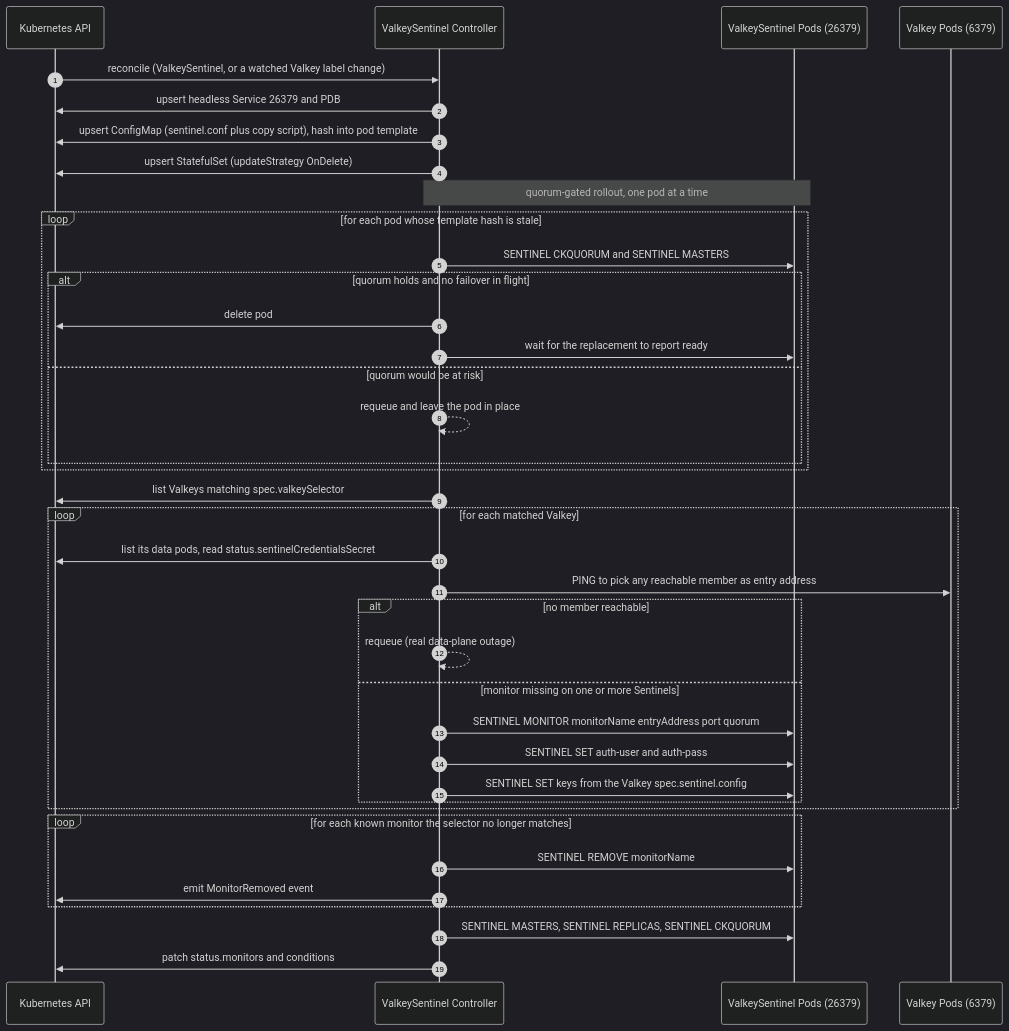
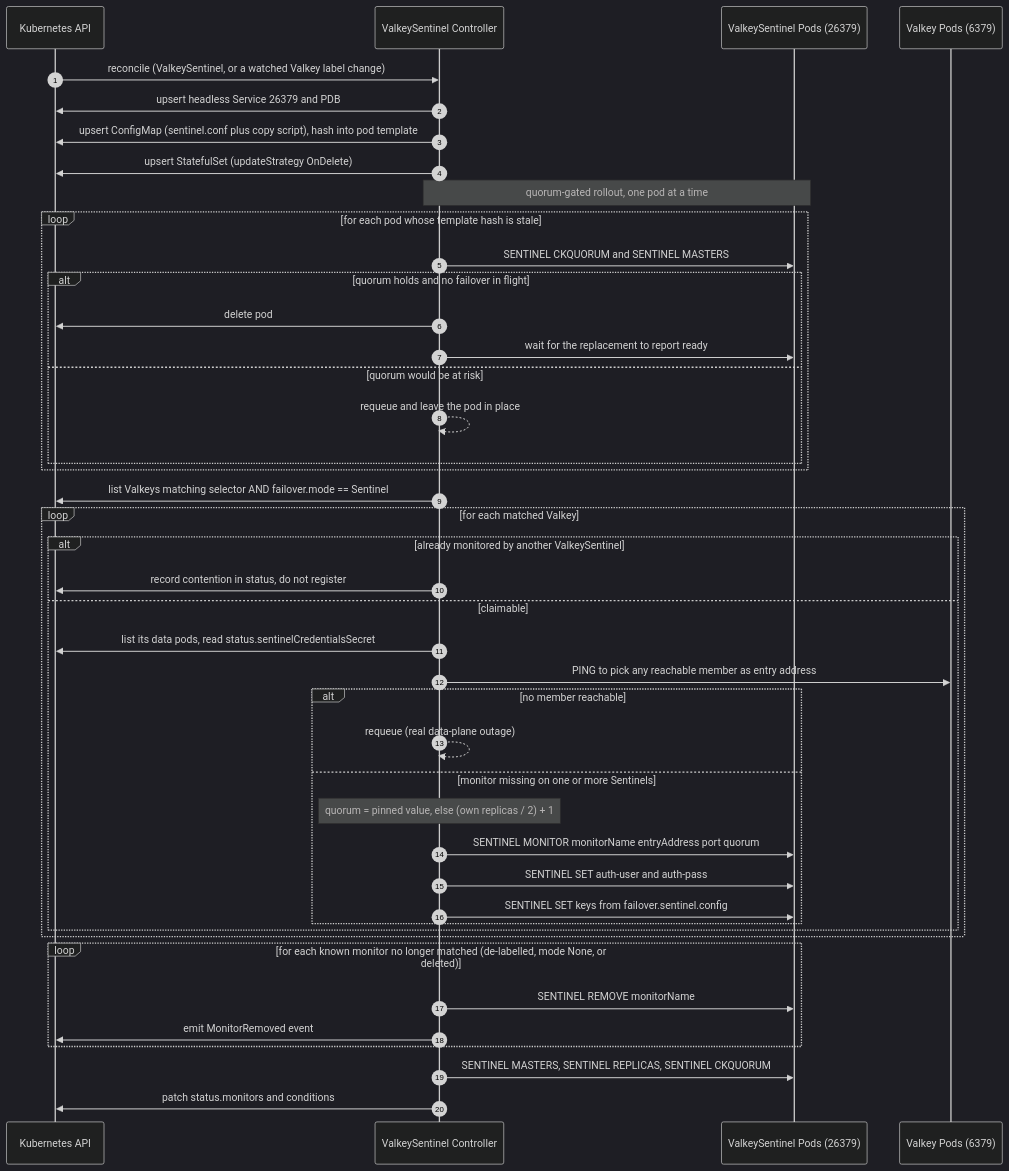
The first of 2 diagrams in docs/valkeysentinel-design.md (deepakpunjabi/valkey-operator), drawn with Mermaid (dark theme) before and after one commit. The commit also changed other lines of this file, not shown here.

````diff
--- a/docs/valkeysentinel-design.md
+++ b/docs/valkeysentinel-design.md
@@ -359,45 +527,50 @@
 ```mermaid
 sequenceDiagram
     autonumber
     participant API as Kubernetes API
     participant VSC as ValkeySentinel Controller
     participant VSP as ValkeySentinel Pods (26379)
     participant VP as Valkey Pods (6379)
 
     API->>VSC: reconcile (ValkeySentinel, or a watched Valkey label change)
     VSC->>API: upsert headless Service 26379 and PDB
     VSC->>API: upsert ConfigMap (sentinel.conf plus copy script), hash into pod template
     VSC->>API: upsert StatefulSet (updateStrategy OnDelete)
 
     Note over VSC,VSP: quorum-gated rollout, one pod at a time
     loop for each pod whose template hash is stale
         VSC->>VSP: SENTINEL CKQUORUM and SENTINEL MASTERS
         alt quorum holds and no failover in flight
             VSC->>API: delete pod
             VSC->>VSP: wait for the replacement to report ready
         else quorum would be at risk
             VSC-->>VSC: requeue and leave the pod in place
         end
     end
 
-    VSC->>API: list Valkeys matching spec.valkeySelector
+    VSC->>API: list Valkeys matching selector AND failover.mode == Sentinel
     loop for each matched Valkey
-        VSC->>API: list its data pods, read status.sentinelCredentialsSecret
-        VSC->>VP: PING to pick any reachable member as entry address
-        alt no member reachable
-            VSC-->>VSC: requeue (real data-plane outage)
-        else monitor missing on one or more Sentinels
-            VSC->>VSP: SENTINEL MONITOR monitorName entryAddress port quorum
-            VSC->>VSP: SENTINEL SET auth-user and auth-pass
-            VSC->>VSP: SENTINEL SET keys from the Valkey spec.sentinel.config
+        alt already monitored by another ValkeySentinel
+            VSC->>API: record contention in status, do not register
+        else claimable
+            VSC->>API: list its data pods, read status.sentinelCredentialsSecret
+            VSC->>VP: PING to pick any reachable member as entry address
+            alt no member reachable
+                VSC-->>VSC: requeue (real data-plane outage)
+            else monitor missing on one or more Sentinels
+                Note over VSC: quorum = pinned value, else (own replicas / 2) + 1
+                VSC->>VSP: SENTINEL MONITOR monitorName entryAddress port quorum
+                VSC->>VSP: SENTINEL SET auth-user and auth-pass
+                VSC->>VSP: SENTINEL SET keys from failover.sentinel.config
+            end
         end
     end
 
-    loop for each known monitor the selector no longer matches
+    loop for each known monitor no longer matched (de-labelled, mode None, or deleted)
         VSC->>VSP: SENTINEL REMOVE monitorName
         VSC->>API: emit MonitorRemoved event
     end
 
     VSC->>VSP: SENTINEL MASTERS, SENTINEL REPLICAS, SENTINEL CKQUORUM
     VSC->>API: patch status.monitors and conditions
 ```
````
